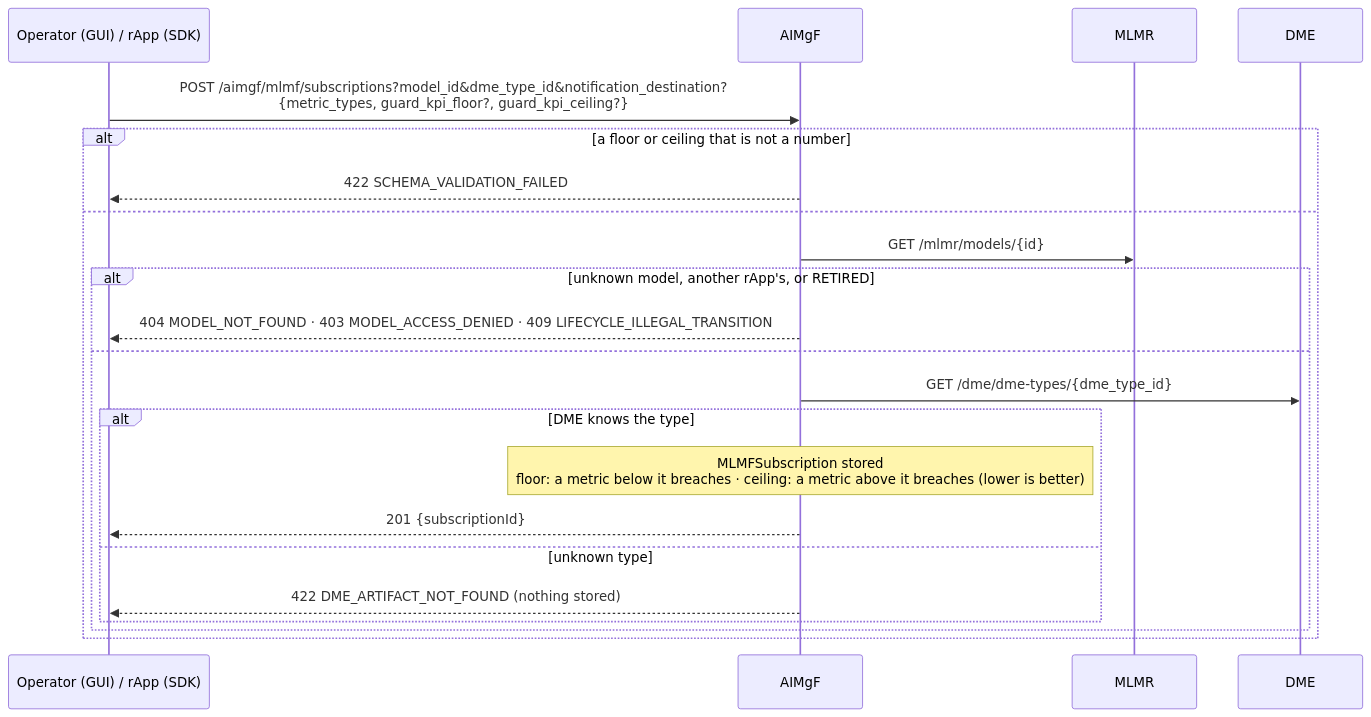
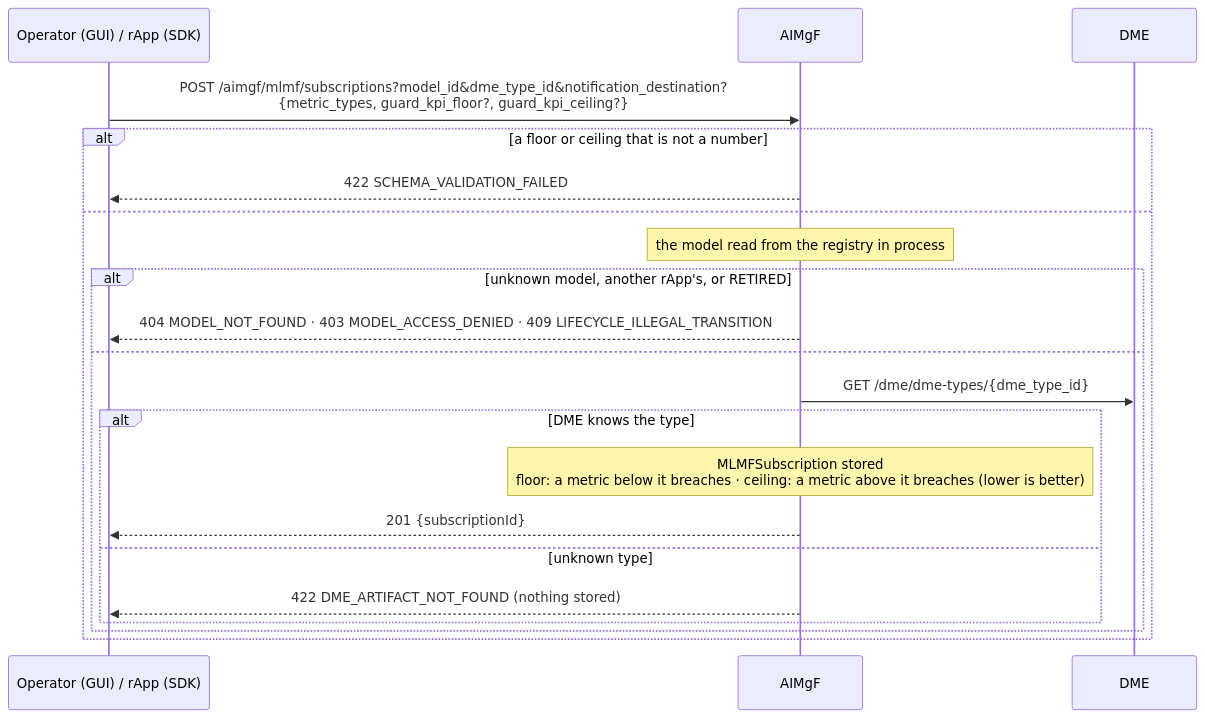
The first of 4 diagrams in smo/docs/call-flows/13-mlmf-subscription-lifecycle.md (rsys-bshankar/ai-ran-smo), drawn with Mermaid before and after one commit. The commit also changed other lines of this file and 265 other files, not shown here.

````diff
--- a/smo/docs/call-flows/13-mlmf-subscription-lifecycle.md
+++ b/smo/docs/call-flows/13-mlmf-subscription-lifecycle.md
@@ -31,25 +31,24 @@
 ```mermaid
 sequenceDiagram
     participant S as Operator (GUI) / rApp (SDK)
     participant AIM as AIMgF
-    participant MLMR as MLMR
     participant DME as DME
 
     S->>AIM: POST /aimgf/mlmf/subscriptions?model_id&dme_type_id&notification_destination?<br/>{metric_types, guard_kpi_floor?, guard_kpi_ceiling?}
     alt a floor or ceiling that is not a number
         AIM-->>S: 422 SCHEMA_VALIDATION_FAILED
     else
-        AIM->>MLMR: GET /mlmr/models/{id}
+        Note over AIM: the model read from the registry in process
         alt unknown model, another rApp's, or RETIRED
             AIM-->>S: 404 MODEL_NOT_FOUND · 403 MODEL_ACCESS_DENIED · 409 LIFECYCLE_ILLEGAL_TRANSITION
         else
             AIM->>DME: GET /dme/dme-types/{dme_type_id}
             alt DME knows the type
                 Note over AIM: MLMFSubscription stored<br/>floor: a metric below it breaches · ceiling: a metric above it breaches (lower is better)
                 AIM-->>S: 201 {subscriptionId}
             else unknown type
                 AIM-->>S: 422 DME_ARTIFACT_NOT_FOUND (nothing stored)
             end
         end
     end
 ```
````
